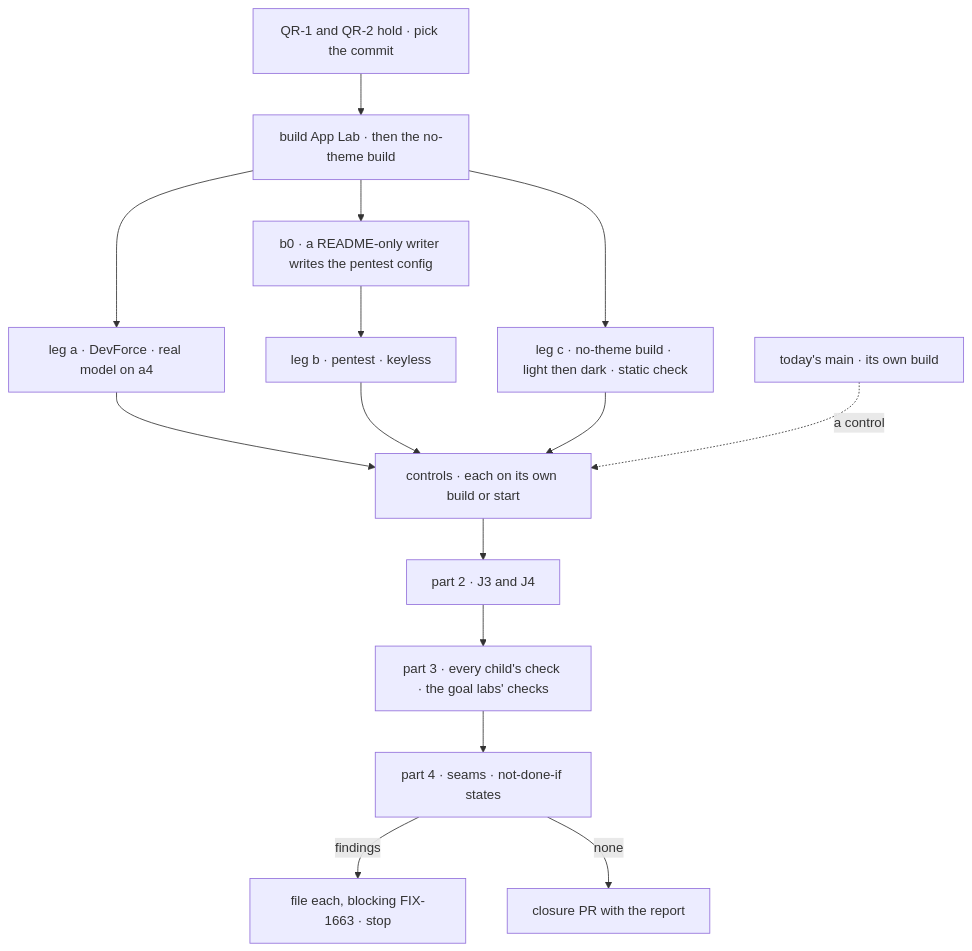
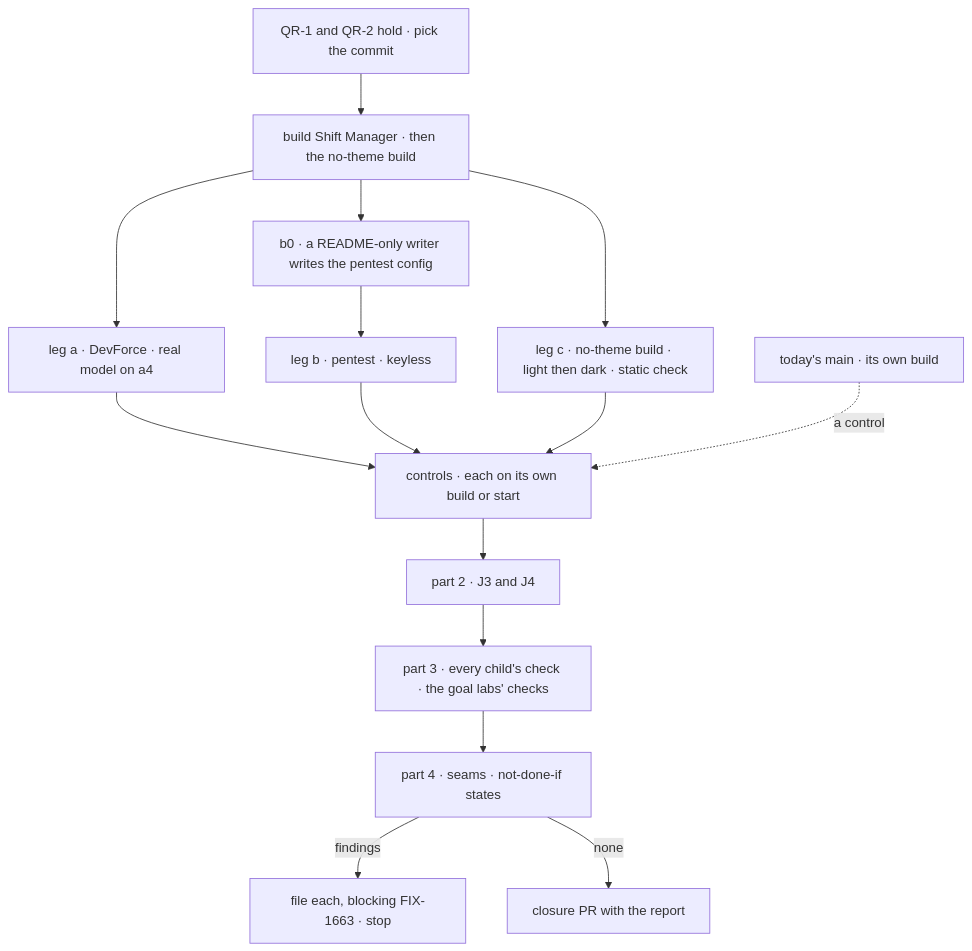
Before and after one commit to fixpoint-labs/flow-state-dev: the diagram in specs/issues/FIX-1663/PLAN.md, drawn with Mermaid. The commit also changed other lines of this file and 7 other files, not shown here.

First line of the commit message:
spec(FIX-1663): amend closure QA plan for Shift Manager and FIX-1690

````diff
--- a/specs/issues/FIX-1663/PLAN.md
+++ b/specs/issues/FIX-1663/PLAN.md
@@ -23,17 +30,17 @@
 ```mermaid
 flowchart TD
-  M["QR-1 and QR-2 hold · pick the commit"] --> B["build App Lab · then the no-theme build"]
+  M["QR-1 and QR-2 hold · pick the commit"] --> B["build Shift Manager · then the no-theme build"]
   B --> A["leg a · DevForce · real model on a4"]
   B --> P0["b0 · a README-only writer writes the pentest config"]
   P0 --> L2["leg b · pentest · keyless"]
   B --> C["leg c · no-theme build · light then dark · static check"]
   A --> K["controls · each on its own build or start"]
   L2 --> K
   C --> K
   T["today's main · its own build"] -.->|"a control"| K
   K --> J["part 2 · J3 and J4"]
   J --> P3["part 3 · every child's check · the goal labs' checks"]
   P3 --> P4["part 4 · seams · not-done-if states"]
   P4 -->|"findings"| F["file each, blocking FIX-1663 · stop"]
   P4 -->|"none"| PR["closure PR with the report"]
 ```
````
